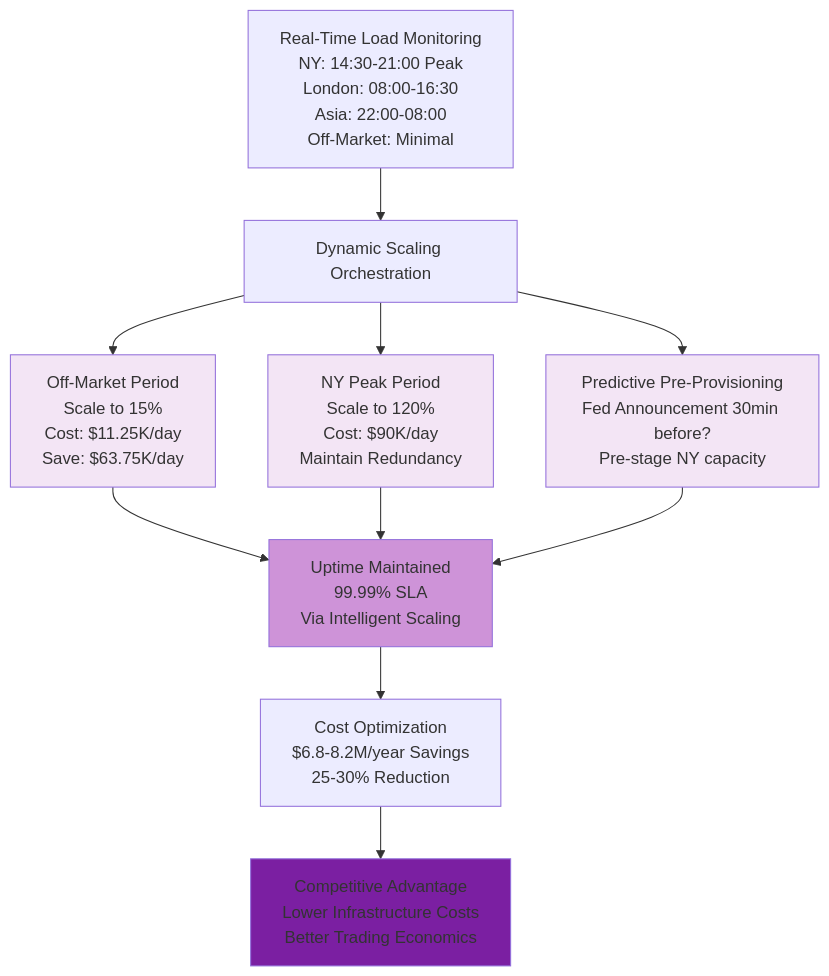
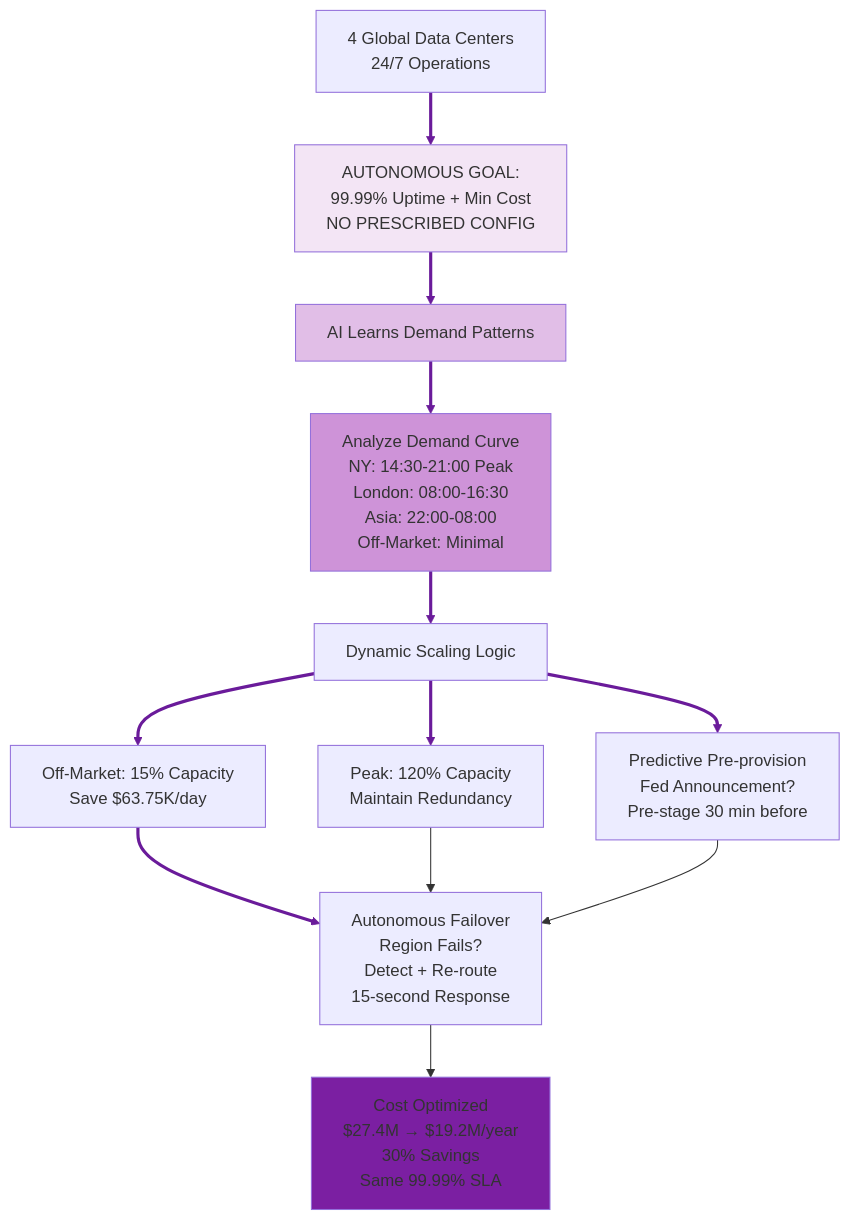
Before and after one commit to whatevergeek/agentic_vs_deterministic: diagram 18 of 18 in debate_shortlisted_topics_slide_prep.md, drawn with Mermaid. The commit also changed other lines of this file, not shown here.

````diff
--- a/debate_shortlisted_topics_slide_prep.md
+++ b/debate_shortlisted_topics_slide_prep.md
@@ -742,19 +790,21 @@
 ```mermaid
 graph TD
-    A["Real-Time Load Monitoring<br/>NY: 14:30-21:00 Peak<br/>London: 08:00-16:30<br/>Asia: 22:00-08:00<br/>Off-Market: Minimal"]
-    A --> B["Dynamic Scaling Orchestration"]
-    B --> C["Off-Market Period<br/>Scale to 15%<br/>Cost: $11.25K/day<br/>Save: $63.75K/day"]
-    B --> D["NY Peak Period<br/>Scale to 120%<br/>Cost: $90K/day<br/>Maintain Redundancy"]
-    B --> E["Predictive Pre-Provisioning<br/>Fed Announcement 30min before?<br/>Pre-stage NY capacity"]
-    C --> F["Uptime Maintained<br/>99.99% SLA<br/>Via Intelligent Scaling"]
-    D --> F
-    E --> F
-    F --> G["Cost Optimization<br/>$6.8-8.2M/year Savings<br/>25-30% Reduction"]
-    G --> H["Competitive Advantage<br/>Lower Infrastructure Costs<br/>Better Trading Economics"]
+    A["4 Global Data Centers<br/>24/7 Operations"] --> B["AUTONOMOUS GOAL:<br/>99.99% Uptime + Min Cost<br/>NO PRESCRIBED CONFIG"]
+    B --> C["AI Learns Demand Patterns"]
+    C --> D["Analyze Demand Curve<br/>NY: 14:30-21:00 Peak<br/>London: 08:00-16:30<br/>Asia: 22:00-08:00<br/>Off-Market: Minimal"]
+    D --> E["Dynamic Scaling Logic"]
+    E --> F["Off-Market: 15% Capacity<br/>Save $63.75K/day"]
+    E --> G["Peak: 120% Capacity<br/>Maintain Redundancy"]
+    E --> H["Predictive Pre-provision<br/>Fed Announcement?<br/>Pre-stage 30 min before"]
+    F --> I["Autonomous Failover<br/>Region Fails?<br/>Detect + Re-route<br/>15-second Response"]
+    G --> I
+    H --> I
+    I --> J["Cost Optimized<br/>$27.4M → $19.2M/year<br/>30% Savings<br/>Same 99.99% SLA"]
     
-    style C fill:#f3e5f5
-    style D fill:#f3e5f5
-    style E fill:#f3e5f5
-    style F fill:#ce93d8
-    style H fill:#7b1fa2
+    style B fill:#f3e5f5
+    style C fill:#e1bee7
+    style D fill:#ce93d8
+    style J fill:#7b1fa2
+    
+    linkStyle 0,1,2,3,4,5,6,7 stroke:#6a1b9a,stroke-width:3px
 ```
````
